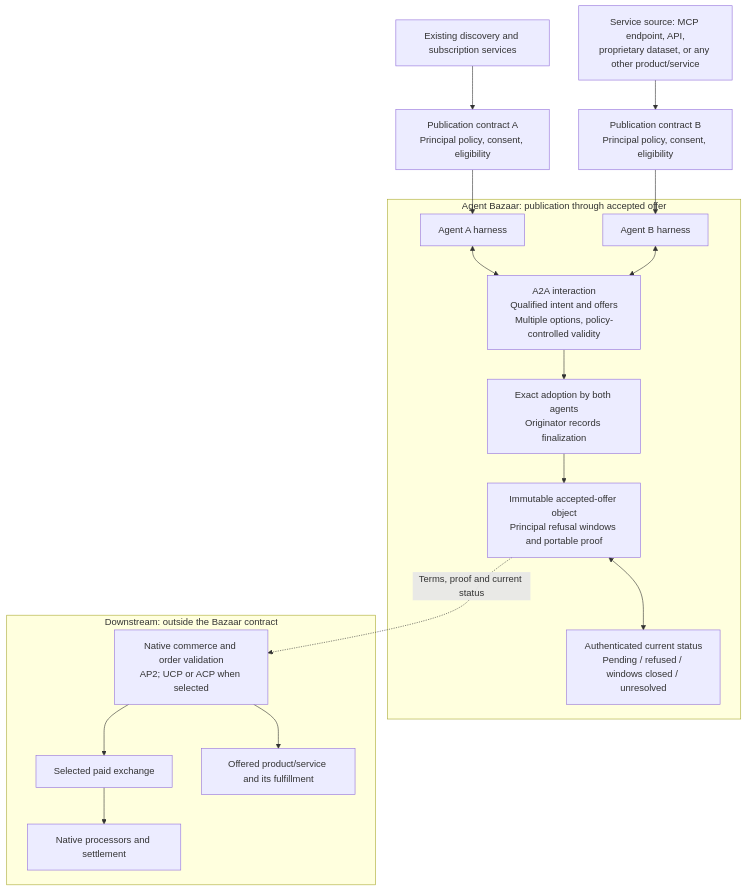
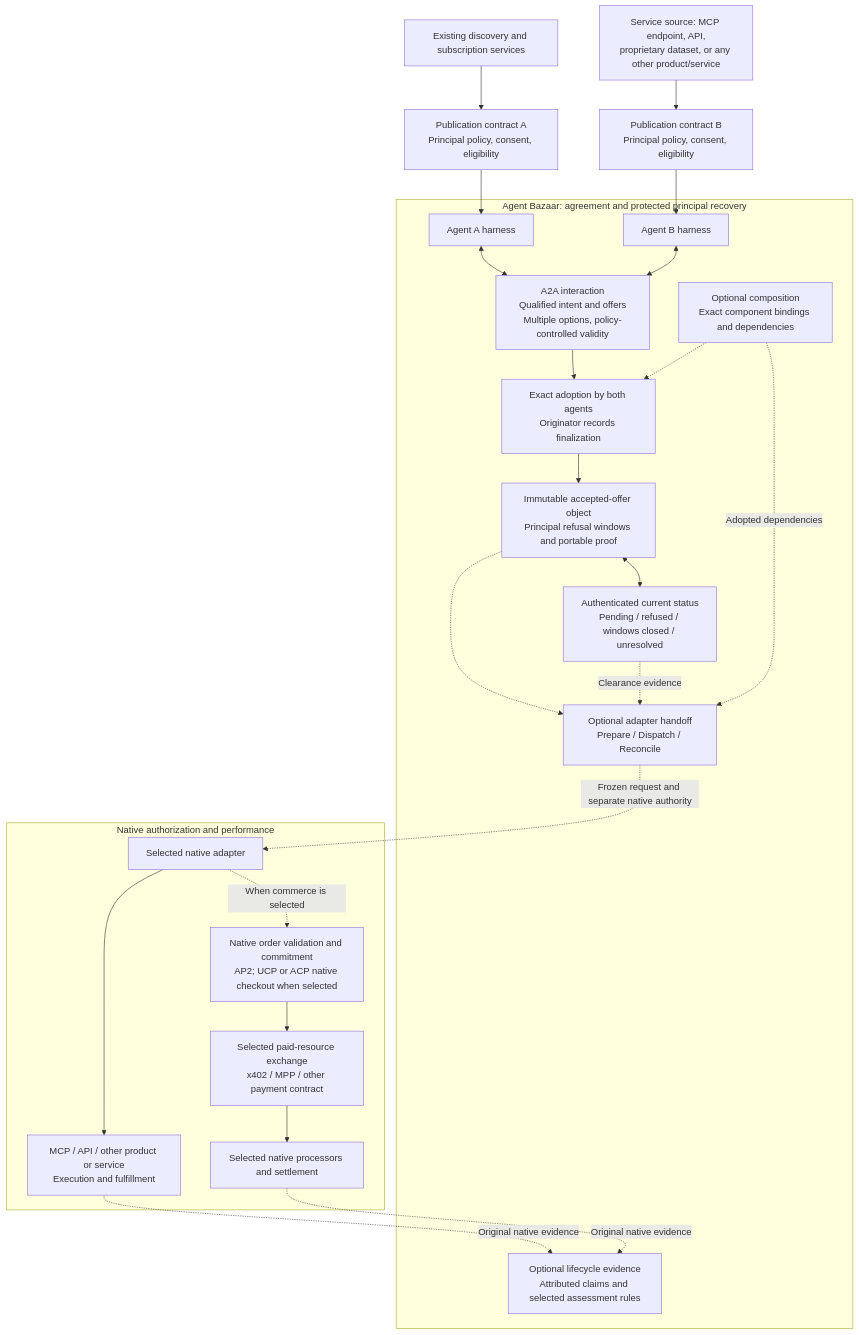
One commit to JohnnyFiv3r/agent-promise-protocol changed the diagram in protocol-architecture.md. Above: the diagram before and after it, drawn with Mermaid. The commit also changed other lines of this file and 182 other files, not shown here.

````diff
--- a/protocol-architecture.md
+++ b/protocol-architecture.md
@@ -5,25 +5,33 @@
 ```mermaid
 flowchart TB
   D["Existing discovery and subscription services"]
   S["Service source: MCP endpoint, API,<br/>proprietary dataset, or any other product/service"]
   D --> PA["Publication contract A<br/>Principal policy, consent, eligibility"]
   S --> PB["Publication contract B<br/>Principal policy, consent, eligibility"]
   PA --> A
   PB --> B
-  subgraph BAZAAR["Agent Bazaar: publication through accepted offer"]
+  subgraph BAZAAR["Agent Bazaar: agreement and protected principal recovery"]
     A["Agent A harness"]
     B["Agent B harness"]
     A <--> N["A2A interaction<br/>Qualified intent and offers<br/>Multiple options, policy-controlled validity"]
     B <--> N
     N --> F["Exact adoption by both agents<br/>Originator records finalization"]
     F --> O["Immutable accepted-offer object<br/>Principal refusal windows and portable proof"]
     O <--> ST["Authenticated current status<br/>Pending / refused / windows closed / unresolved"]
+    CP["Optional composition<br/>Exact component bindings and dependencies"] -.-> F
+    O -.-> H["Optional adapter handoff<br/>Prepare / Dispatch / Reconcile"]
+    ST -. "Clearance evidence" .-> H
+    CP -. "Adopted dependencies" .-> H
+    LE["Optional lifecycle evidence<br/>Attributed claims and selected assessment rules"]
   end
-  O -. "Terms, proof and current status" .-> C
-  subgraph OUT["Downstream: outside the Bazaar contract"]
-    C["Native commerce and order validation<br/>AP2; UCP or ACP when selected"]
-    C --> P["Selected paid exchange"]
-    P --> R["Native processors and settlement"]
-    C --> X["Offered product/service and its fulfillment"]
+  H -. "Frozen request and separate native authority" .-> C
+  subgraph OUT["Native authorization and performance"]
+    C["Selected native adapter"]
+    C --> X["MCP / API / other product or service<br/>Execution and fulfillment"]
+    C -. "When commerce is selected" .-> V["Native order validation and commitment<br/>AP2; UCP or ACP native checkout when selected"]
+    V --> P["Selected paid-resource exchange<br/>x402 / MPP / other payment contract"]
+    P --> R["Selected native processors and settlement"]
   end
+  X -. "Original native evidence" .-> LE
+  R -. "Original native evidence" .-> LE
 ```
````
